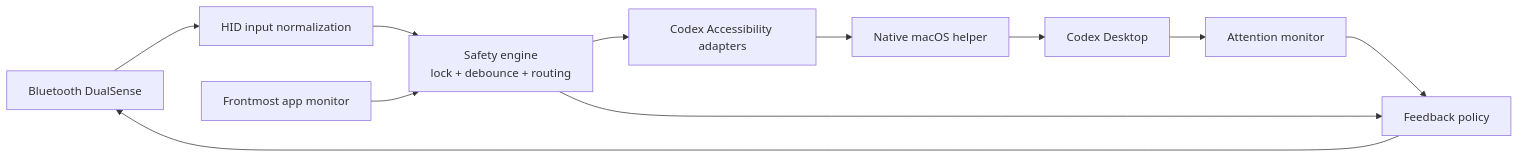
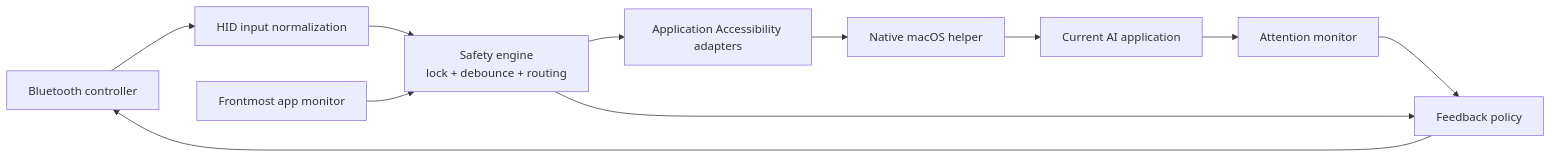
The diagram in README.md (belskikh/controller), drawn with Mermaid before and after one commit. The commit also changed other lines of this file and 4 other files, not shown here.

````diff
--- a/README.md
+++ b/README.md
@@ -47,13 +53,13 @@
 ```mermaid
 flowchart LR
-    controller["Bluetooth DualSense"] --> hid["HID input normalization"]
+    controller["Bluetooth controller"] --> hid["HID input normalization"]
     hid --> engine["Safety engine<br/>lock + debounce + routing"]
     foreground["Frontmost app monitor"] --> engine
-    engine --> adapter["Codex Accessibility adapters"]
+    engine --> adapter["Application Accessibility adapters"]
     adapter --> helper["Native macOS helper"]
-    helper --> codex["Codex Desktop"]
-    codex --> attention["Attention monitor"]
+    helper --> app["Current AI application"]
+    app --> attention["Attention monitor"]
     attention --> feedback["Feedback policy"]
     engine --> feedback
     feedback --> controller
 ```
````
